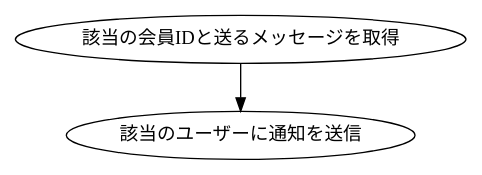
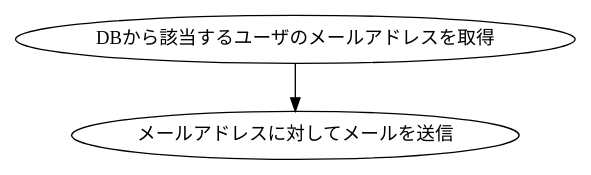
One commit to KUT-Group12/internal_design changed the diagram in dot/sato/SendUserMessage.dot. Above: the diagram before and after it, drawn with Graphviz. The commit also changed 94 other files, not shown here.

```diff
--- a/dot/sato/SendUserMessage.dot
+++ b/dot/sato/SendUserMessage.dot
@@ -1,8 +1,8 @@
 digraph G {
     #include "style.doth"
 
-    get[label = "該当の会員IDと送るメッセージを取得"]
-    send[label = "該当のユーザーに通知を送信"]
-    
-    get -> send
+    db[label="DBから該当するユーザのメールアドレスを取得"]
+    send[label="メールアドレスに対してメールを送信"]
+
+    db -> send
 }
```
